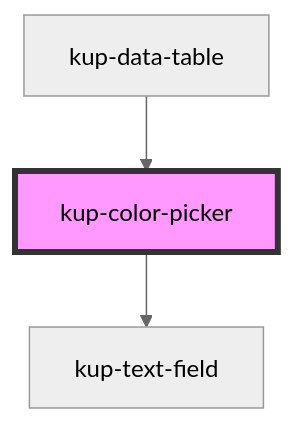
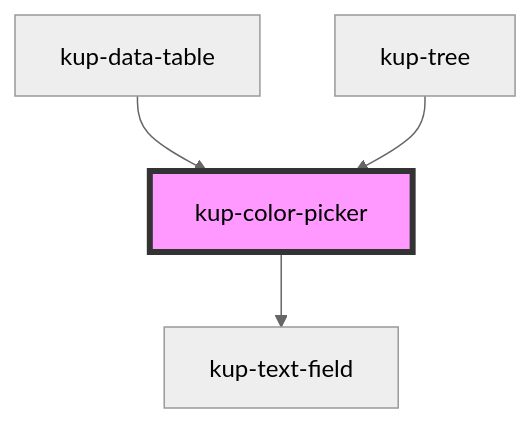
One commit to smeup/ketchup changed the diagram in packages/ketchup/src/components/kup-color-picker/readme.md. Above: the diagram before and after it, drawn with Mermaid (neutral theme). The commit also changed other lines of this file and 17 other files, not shown here.

Commit message:
kup-data-table renderCell mirrored in kup-tree

````diff
--- a/packages/ketchup/src/components/kup-color-picker/readme.md
+++ b/packages/ketchup/src/components/kup-color-picker/readme.md
@@ -50,6 +51,7 @@
 ```mermaid
 graph TD;
   kup-color-picker --> kup-text-field
   kup-data-table --> kup-color-picker
+  kup-tree --> kup-color-picker
   style kup-color-picker fill:#f9f,stroke:#333,stroke-width:4px
 ```
````
